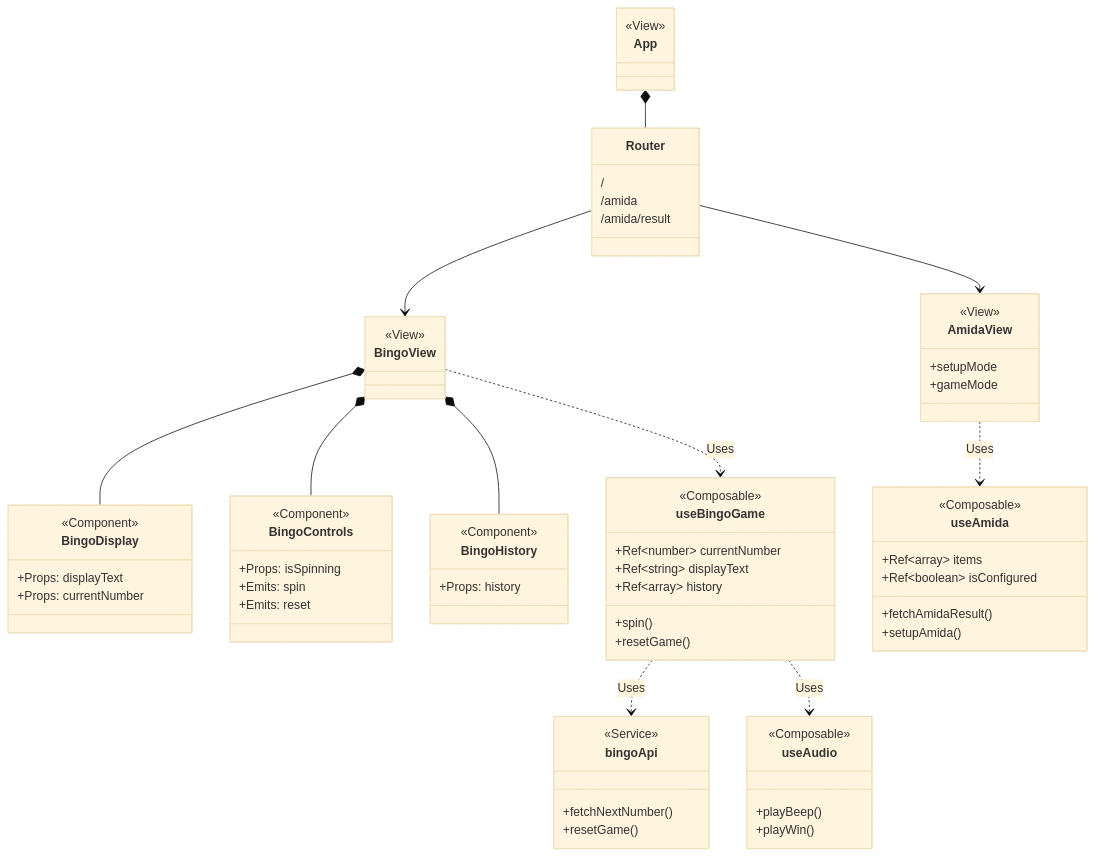
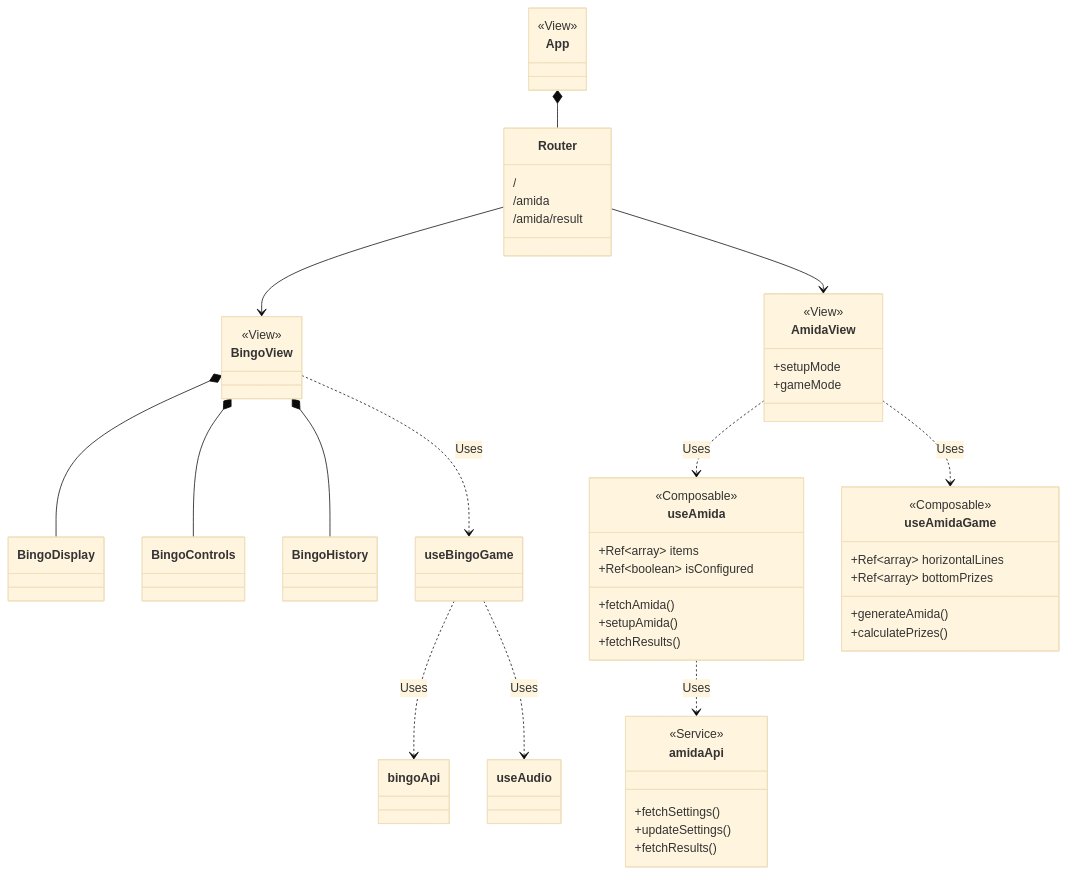
The third of 5 diagrams in docs/ARCHITECTURE.md (yasyasyu/bingo-server), drawn with Mermaid (base theme) before and after one commit. The commit also changed other lines of this file and 2 other files, not shown here.

Commit message:
fix: APIエンドポイントを修正し、次の数字を引く機能を更新

````diff
--- a/docs/ARCHITECTURE.md
+++ b/docs/ARCHITECTURE.md
@@ -123,82 +123,61 @@
 ```mermaid
 classDiagram
     title Frontend Component and Logic Structure
 
     class App {
         <<View>>
     }
     
     class Router {
         /
         /amida
         /amida/result
     }
 
     class BingoView {
         <<View>>
     }
 
     class AmidaView {
         <<View>>
         +setupMode
         +gameMode
     }
 
-    class BingoDisplay {
-        <<Component>>
-        +Props: displayText
-        +Props: currentNumber
-    }
-
-    class BingoControls {
-        <<Component>>
-        +Props: isSpinning
-        +Emits: spin
-        +Emits: reset
-    }
-
-    class BingoHistory {
-        <<Component>>
-        +Props: history
-    }
-
-    class useBingoGame {
-        <<Composable>>
-        +Ref~number~ currentNumber
-        +Ref~string~ displayText
-        +Ref~array~ history
-        +spin()
-        +resetGame()
-    }
-
-    class bingoApi {
-        <<Service>>
-        +fetchNextNumber()
-        +resetGame()
-    }
-
-    class useAudio {
-        <<Composable>>
-        +playBeep()
-        +playWin()
-    }
-
     class useAmida {
         <<Composable>>
         +Ref~array~ items
         +Ref~boolean~ isConfigured
-        +fetchAmidaResult()
+        +fetchAmida()
         +setupAmida()
+        +fetchResults()
+    }
+
+    class useAmidaGame {
+        <<Composable>>
+        +Ref~array~ horizontalLines
+        +Ref~array~ bottomPrizes
+        +generateAmida()
+        +calculatePrizes()
+    }
+
+    class amidaApi {
+        <<Service>>
+        +fetchSettings()
+        +updateSettings()
+        +fetchResults()
     }
 
     App *-- Router
     Router --> BingoView
     Router --> AmidaView
     BingoView *-- BingoDisplay
     BingoView *-- BingoControls
     BingoView *-- BingoHistory
     BingoView ..> useBingoGame : Uses
     AmidaView ..> useAmida : Uses
+    AmidaView ..> useAmidaGame : Uses
     useBingoGame ..> bingoApi : Uses
     useBingoGame ..> useAudio : Uses
+    useAmida ..> amidaApi : Uses
 ```
````
